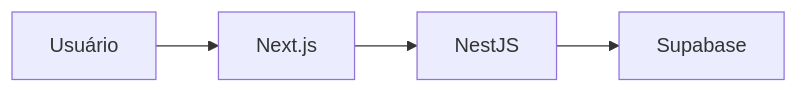
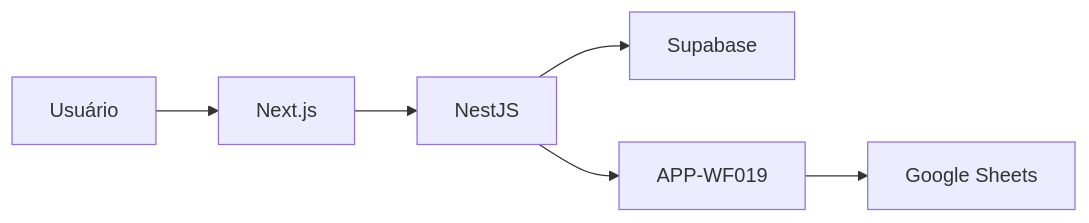
Before and after one commit to Kelencs/beautyflow-ai: the third of 12 diagrams in README.md, drawn with Mermaid. The commit also changed other lines of this file and 2 other files, not shown here.

First line of the commit message:
docs: sync BeautyFlow status after APP-WF019 homologation

````diff
--- a/README.md
+++ b/README.md
@@ -157,6 +150,8 @@
 ```mermaid
 flowchart LR
     A["Usuário"] --> B["Next.js"]
     B --> C["NestJS"]
     C --> D["Supabase"]
+    C --> E["APP-WF019"]
+    E --> F["Google Sheets"]
 ```
````
